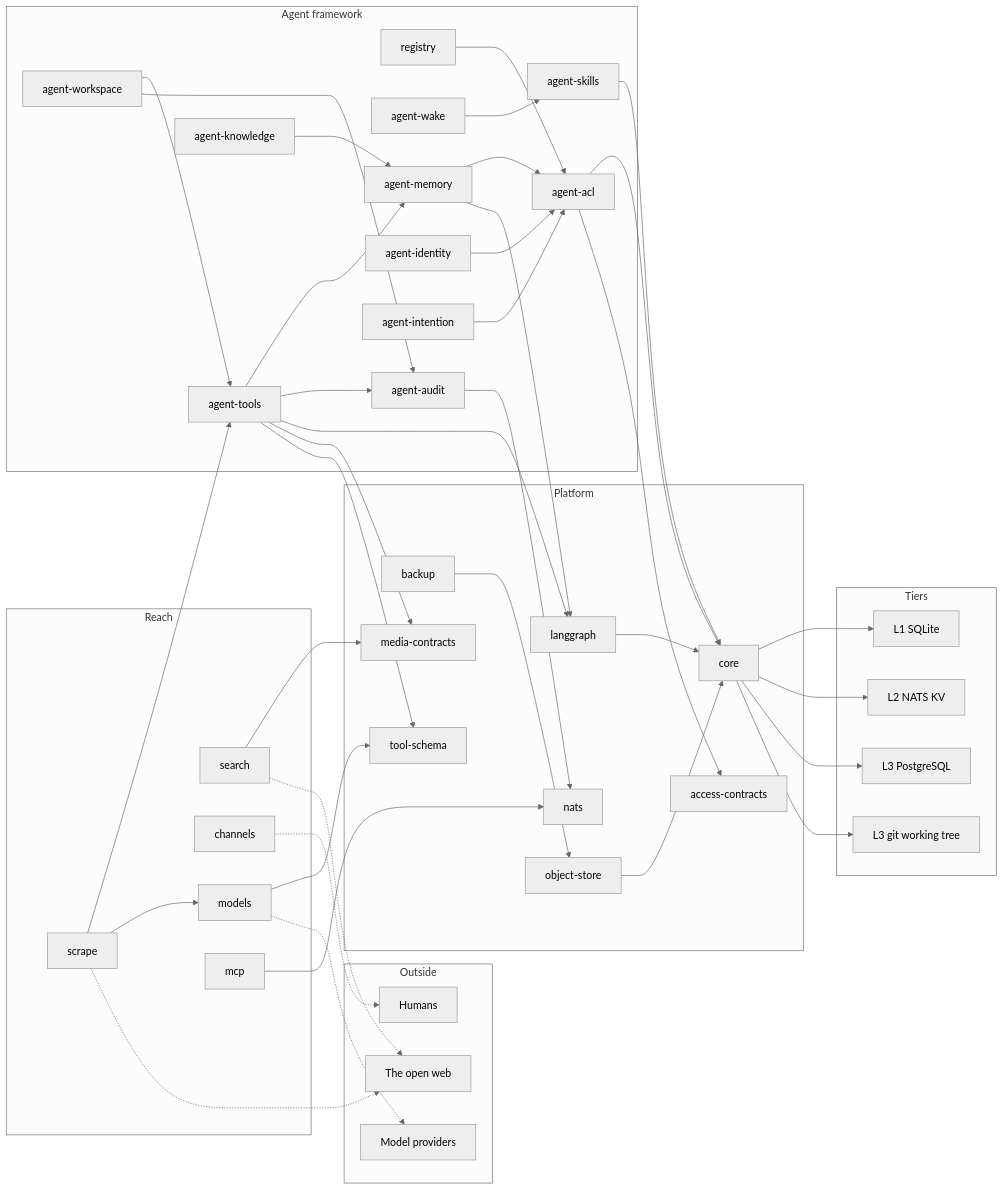
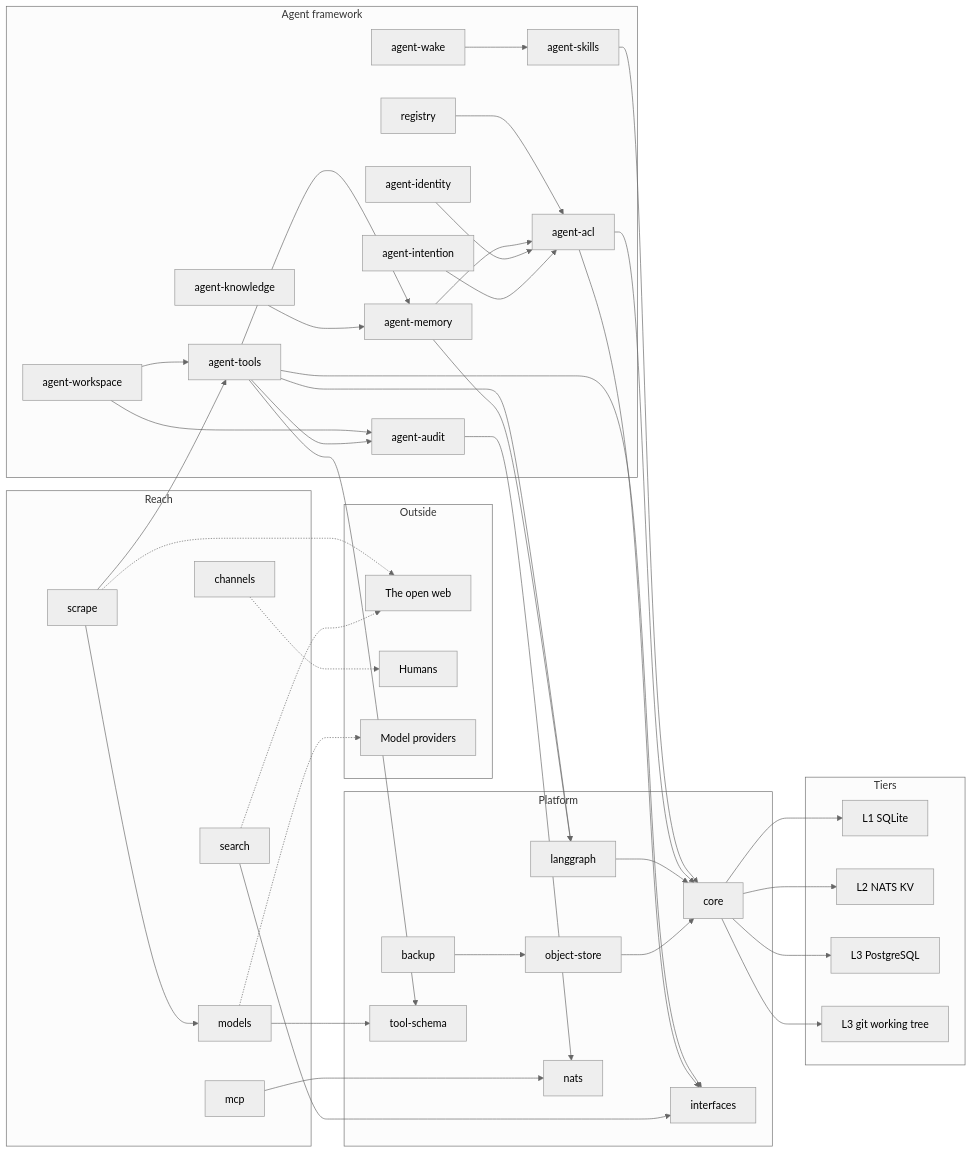
The diagram in README.md (pacepace/3tears), drawn with Mermaid (neutral theme) before and after one commit. The commit also changed other lines of this file and 124 other files, not shown here.

First line of the commit message:
Consolidate media-contracts and access-contracts into 3tears-interfaces

```diff
--- a/README.md
+++ b/README.md
@@ -248,8 +247,7 @@
         OBJ[object-store]
         CORE[core]
         NATS[nats]
-        MEDIA[media-contracts]
-        ACCESS[access-contracts]
+        IFACE[interfaces]
         TSCHEMA[tool-schema]
     end
 
@@ -268,7 +266,7 @@
     TOOLS --> MEM
     TOOLS --> AUDIT
     TOOLS --> LG
-    TOOLS --> MEDIA
+    TOOLS --> IFACE
     TOOLS --> TSCHEMA
     MODELS --> TSCHEMA
     KNOW --> MEM
@@ -279,13 +277,13 @@
     WAKE --> SKILL
     SKILL --> CORE
     ACL --> CORE
-    ACL --> ACCESS
+    ACL --> IFACE
     LG --> CORE
     AUDIT --> NATS
     MCP --> NATS
     BACK --> OBJ
     OBJ --> CORE
-    SEARCH --> MEDIA
+    SEARCH --> IFACE
     CORE --> L1
     CORE --> L2
     CORE --> L3
```
